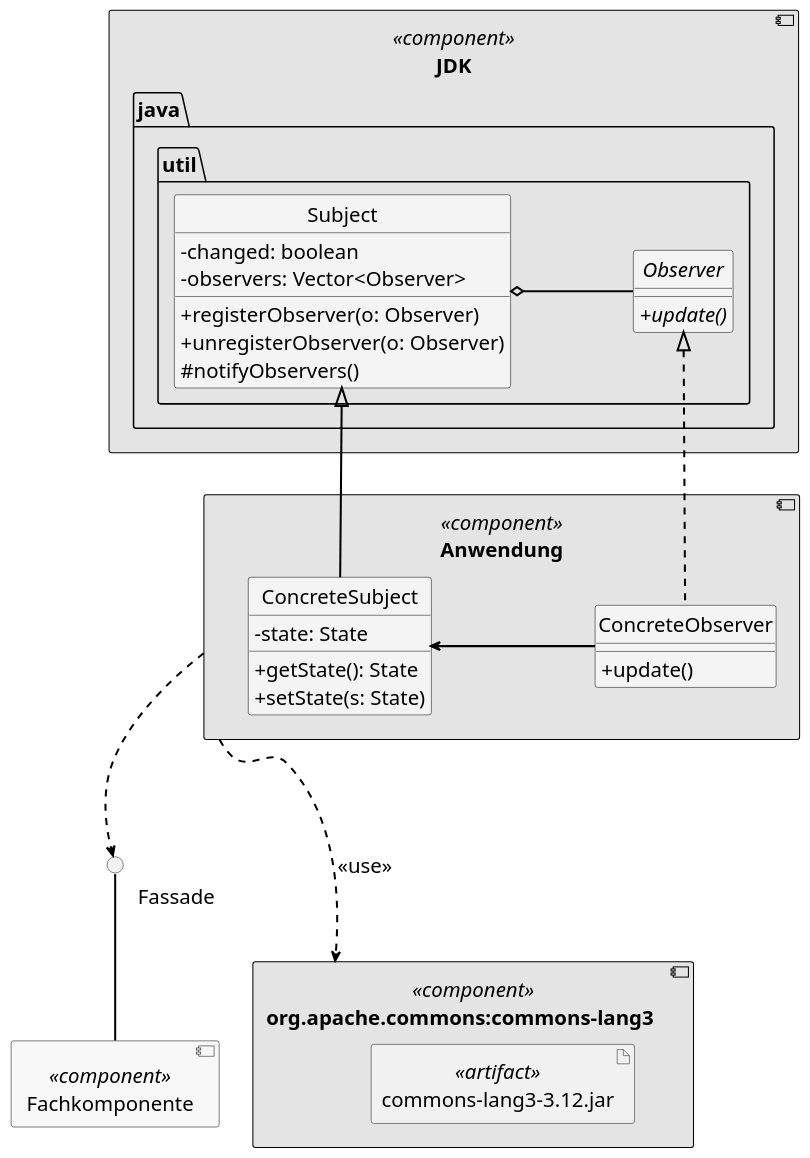
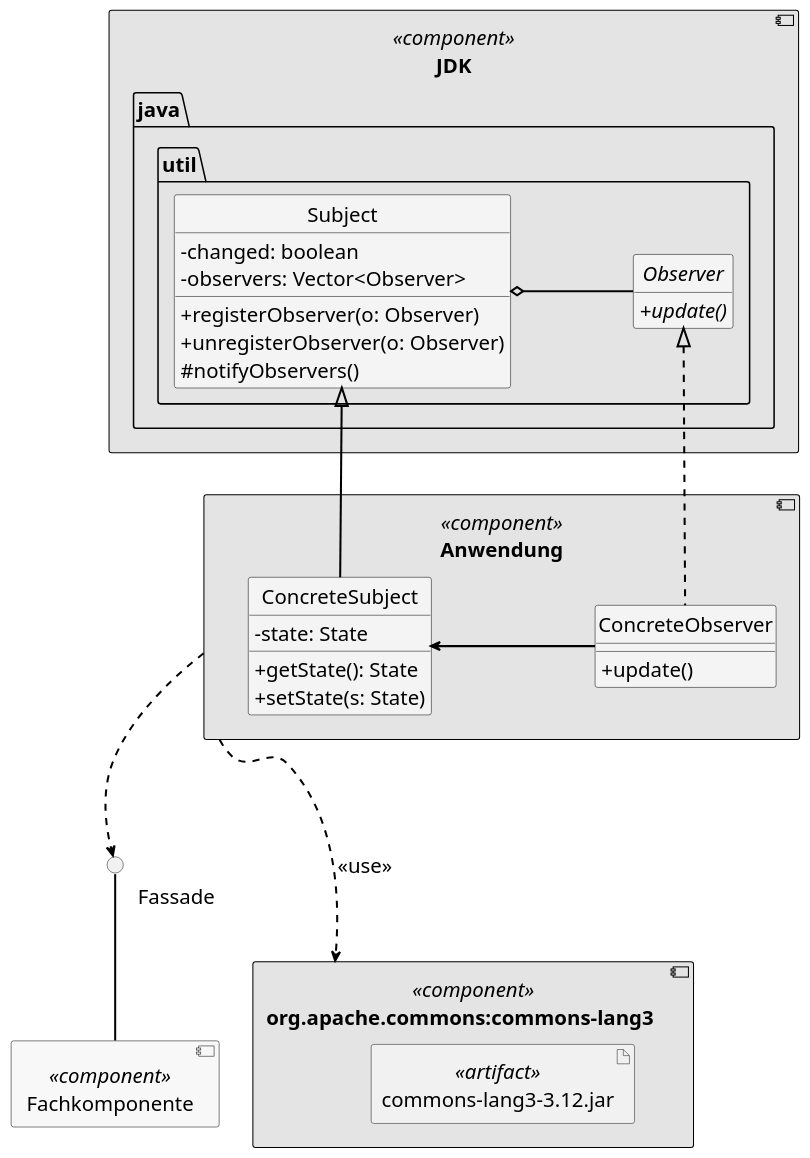
One commit to uhafner/codingstyle changed the diagram in doc/uml/component-diagram-details.puml. Above: the diagram before and after it, drawn with PlantUML. The commit also changed 1 other file, not shown here.

Commit message:
Hide interface fields in all diagrams.

```diff
--- a/doc/uml/component-diagram-details.puml
+++ b/doc/uml/component-diagram-details.puml
@@ -1,101 +1,101 @@
 @startuml
 
 skinparam component {
   BackgroundColor #f8f8f8
   BorderColor #a0a0a0
   BackgroundColor<<Main>> #FFFF00
   BorderColor black
   FontName  Arial Unicode MS
   FontSize 20
   ArrowFontName  Arial Unicode MS
   ArrowFontSize 18
 }
 
 skinparam package {
   BackgroundColor #e4e4e4
   BorderColor #a0a0a0
   BackgroundColor<<Main>> gold
   BorderColor black
   ArrowColor black
   FontName  Arial Unicode MS
   FontSize 20
 }
 
 skinparam class {
   BackgroundColor #f4f4f4
   BorderColor #a0a0a0
   BackgroundColor<<Main>> gold
   BorderColor black
   ArrowColor black
   FontName  Arial Unicode MS
   FontSize 20
 }
 skinparam classFontSize 24
 skinparam classAttributeIconSize 0
 skinparam defaultFontSize 20
 
 skinparam ArrowColor black
 skinparam ArrowThickness 2
 
 hide circle
-
+hide interface fields
 skinparam componentStyle uml2
 
 component "Anwendung" <<component>> as anwendung {
     class ConcreteSubject {
         -state: State
         +getState(): State
         +setState(s: State)
     }
 
     class ConcreteObserver {
         +update()
     }
 
 }
 
 component "Fachkomponente" <<component>> as fachkomponente {
 }
 
 component " org.apache.commons:commons-lang3      " <<component>> as library {
     artifact commons-lang3-3.12.jar <<artifact>> as lang {
     }
 }
 
 component "JDK" <<component>> as Bibliothek {
 
     package java.util {
 
         class Subject {
             - changed: boolean
             - observers: Vector<Observer>
             +registerObserver(o: Observer)
             +unregisterObserver(o: Observer)
             #notifyObservers()
         }
 
 
         interface Observer {
             +update() {abstract}
         }
 
     }
 }
 
 anwendung ...> library : <<use>>
 Subject <|-- ConcreteSubject
 Subject o- Observer : \t\t
 
 Observer <|.. ConcreteObserver
 ConcreteSubject <- ConcreteObserver : \t\t\t
 
 circle "   \t\t\tFassade "
 
 anwendung ..> "   \t\t\tFassade " : "\t\t\t\t"
 "   \t\t\tFassade " -- fachkomponente
 
 
 
 
 
 @enduml
```
